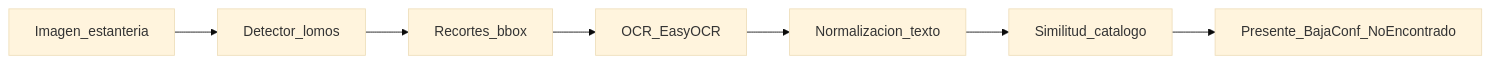
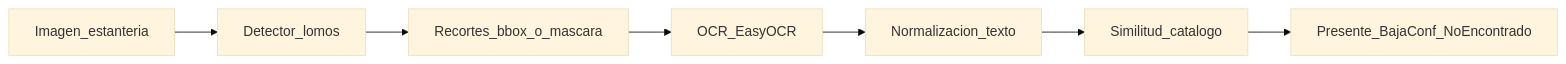
One commit to marcehluna/DVxC-VcCII-TP-evaluacion changed the diagram in concepto/Plan.md. Above: the diagram before and after it, drawn with Mermaid (base theme). The commit also changed other lines of this file, not shown here.

````diff
--- a/concepto/Plan.md
+++ b/concepto/Plan.md
@@ -23,9 +24,9 @@
 ```mermaid
 flowchart LR
   img[Imagen_estanteria] --> det[Detector_lomos]
-  det --> crops[Recortes_bbox]
+  det --> crops[Recortes_bbox_o_mascara]
   crops --> ocr[OCR_EasyOCR]
   ocr --> norm[Normalizacion_texto]
   norm --> match[Similitud_catalogo]
   match --> out[Presente_BajaConf_NoEncontrado]
 ```
````
